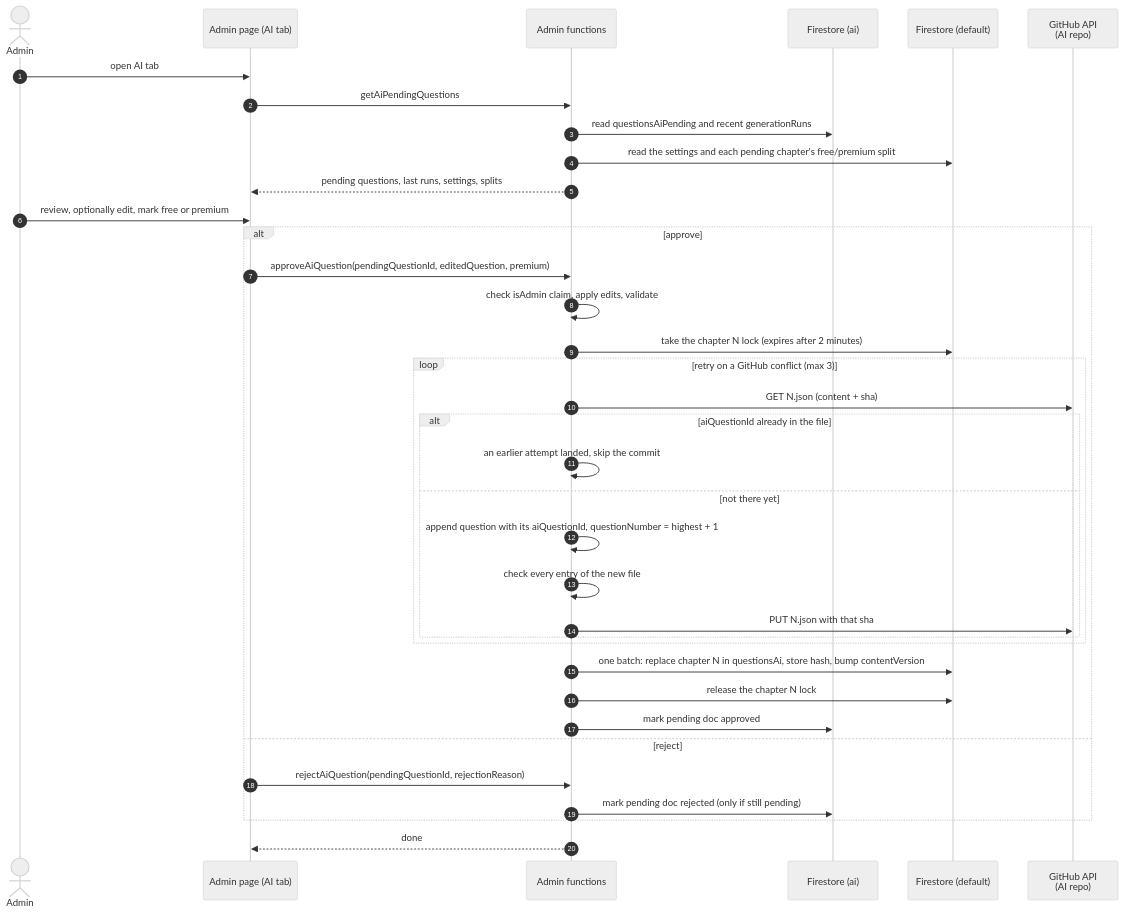
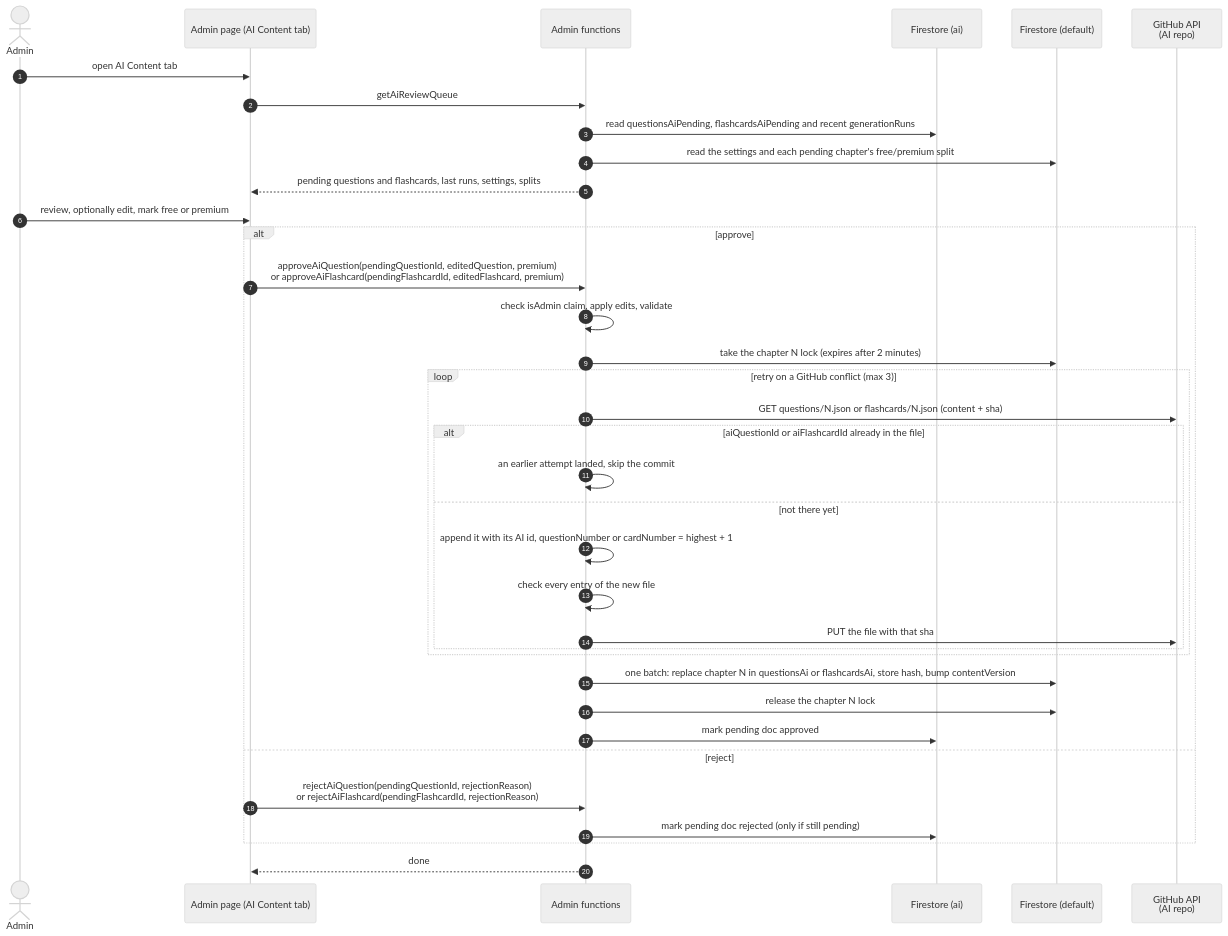
One commit to alexmcdermid/real-estate-quest changed the third of 5 diagrams in docs/ai-question-flow.md. Above: the diagram before and after it, drawn with Mermaid (neutral theme). The commit also changed other lines of this file, not shown here.

Commit message:
docs: cover AI flashcards in the AI content flow doc

````diff
--- a/docs/ai-question-flow.md
+++ b/docs/ai-question-flow.md
@@ -109,39 +110,39 @@
 ```mermaid
 sequenceDiagram
   autonumber
   actor A as Admin
-  participant UI as Admin page (AI tab)
+  participant UI as Admin page (AI Content tab)
   participant FN as Admin functions
   participant AI as Firestore (ai)
   participant F as Firestore (default)
   participant GH as GitHub API<br/>(AI repo)
 
-  A->>UI: open AI tab
-  UI->>FN: getAiPendingQuestions
-  FN->>AI: read questionsAiPending and recent generationRuns
+  A->>UI: open AI Content tab
+  UI->>FN: getAiReviewQueue
+  FN->>AI: read questionsAiPending, flashcardsAiPending and recent generationRuns
   FN->>F: read the settings and each pending chapter's free/premium split
-  FN-->>UI: pending questions, last runs, settings, splits
+  FN-->>UI: pending questions and flashcards, last runs, settings, splits
   A->>UI: review, optionally edit, mark free or premium
   alt approve
-    UI->>FN: approveAiQuestion(pendingQuestionId, editedQuestion, premium)
+    UI->>FN: approveAiQuestion(pendingQuestionId, editedQuestion, premium)<br/>or approveAiFlashcard(pendingFlashcardId, editedFlashcard, premium)
     FN->>FN: check isAdmin claim, apply edits, validate
     FN->>F: take the chapter N lock (expires after 2 minutes)
     loop retry on a GitHub conflict (max 3)
-      FN->>GH: GET N.json (content + sha)
-      alt aiQuestionId already in the file
+      FN->>GH: GET questions/N.json or flashcards/N.json (content + sha)
+      alt aiQuestionId or aiFlashcardId already in the file
         FN->>FN: an earlier attempt landed, skip the commit
       else not there yet
-        FN->>FN: append question with its aiQuestionId, questionNumber = highest + 1
+        FN->>FN: append it with its AI id, questionNumber or cardNumber = highest + 1
         FN->>FN: check every entry of the new file
-        FN->>GH: PUT N.json with that sha
+        FN->>GH: PUT the file with that sha
       end
     end
-    FN->>F: one batch: replace chapter N in questionsAi, store hash, bump contentVersion
+    FN->>F: one batch: replace chapter N in questionsAi or flashcardsAi, store hash, bump contentVersion
     FN->>F: release the chapter N lock
     FN->>AI: mark pending doc approved
   else reject
-    UI->>FN: rejectAiQuestion(pendingQuestionId, rejectionReason)
+    UI->>FN: rejectAiQuestion(pendingQuestionId, rejectionReason)<br/>or rejectAiFlashcard(pendingFlashcardId, rejectionReason)
     FN->>AI: mark pending doc rejected (only if still pending)
   end
   FN-->>UI: done
 ```
````
